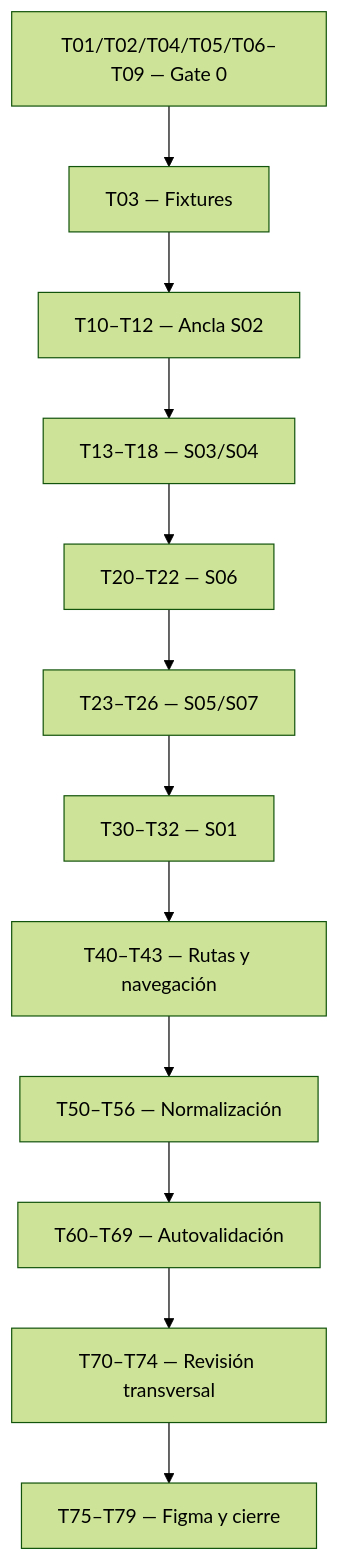
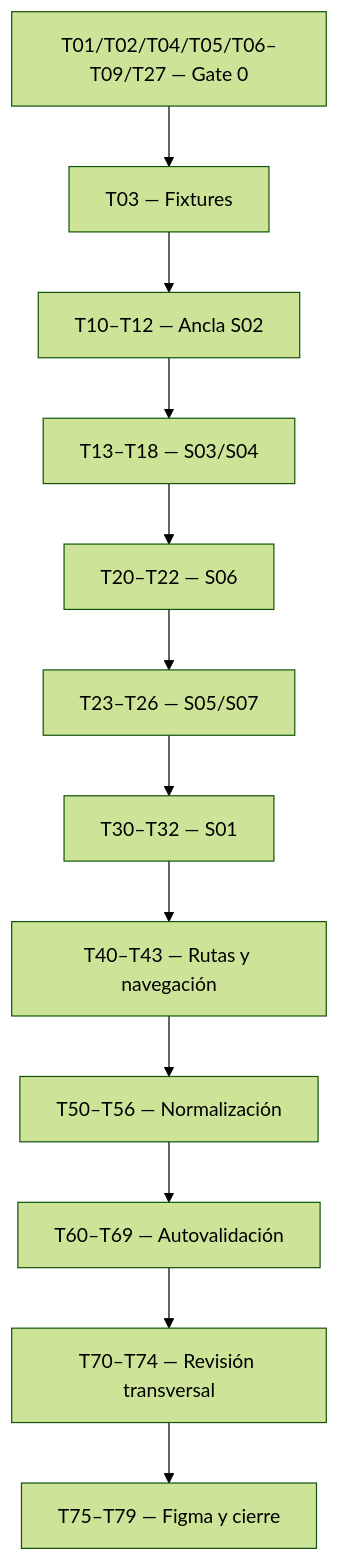
One commit to Taller-SW-Web/G6-Productos-Ofertas-docs changed the diagram in mockups/MK-003/tasks.md. Above: the diagram before and after it, drawn with Mermaid (forest theme). The commit also changed other lines of this file and 5 other files, not shown here.

````diff
--- a/mockups/MK-003/tasks.md
+++ b/mockups/MK-003/tasks.md
@@ -42,14 +42,14 @@
 ```mermaid
 flowchart TD
-    A["T01/T02/T04/T05/T06–T09 — Gate 0"] --> F["T03 — Fixtures"]
+    A["T01/T02/T04/T05/T06–T09/T27 — Gate 0"] --> F["T03 — Fixtures"]
     F --> C["T10–T12 — Ancla S02"]
     C --> ED["T13–T18 — S03/S04"]
     ED --> P["T20–T22 — S06"]
     P --> CF["T23–T26 — S05/S07"]
     CF --> L["T30–T32 — S01"]
     L --> N["T40–T43 — Rutas y navegación"]
     N --> UI["T50–T56 — Normalización"]
     UI --> V["T60–T69 — Autovalidación"]
     V --> R["T70–T74 — Revisión transversal"]
     R --> FI["T75–T79 — Figma y cierre"]
 ```
````
